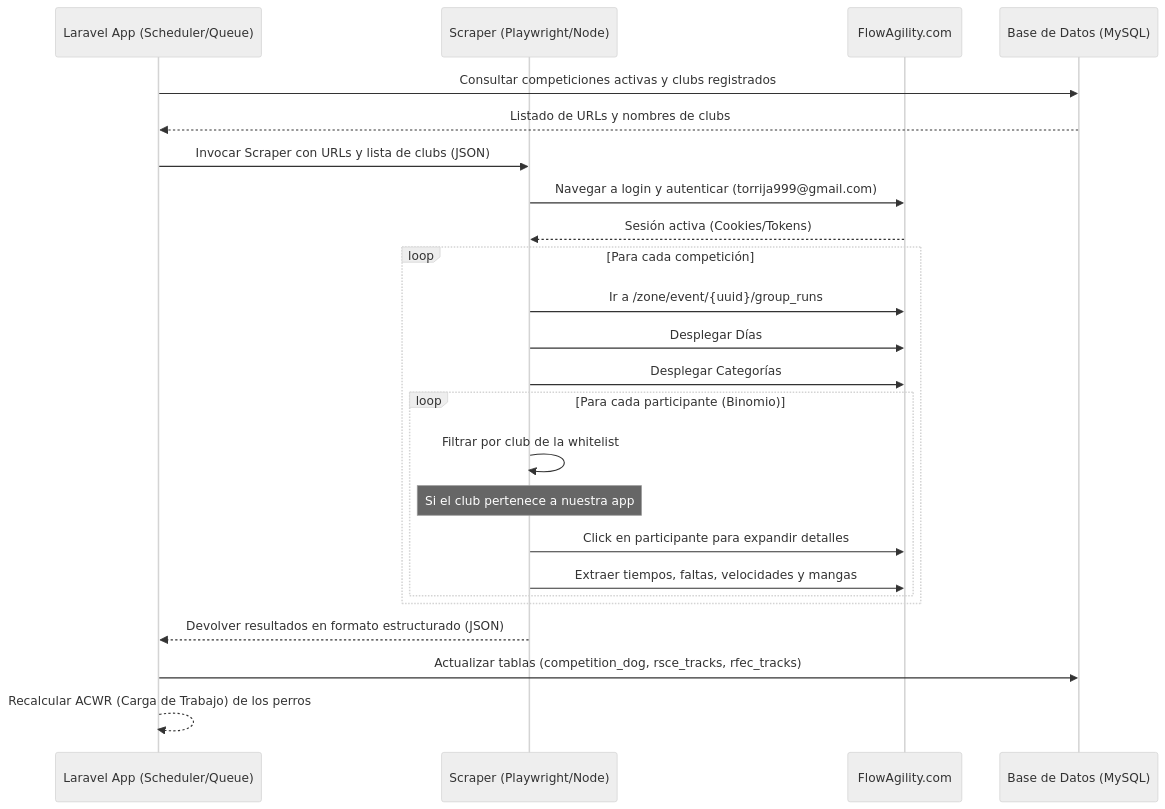
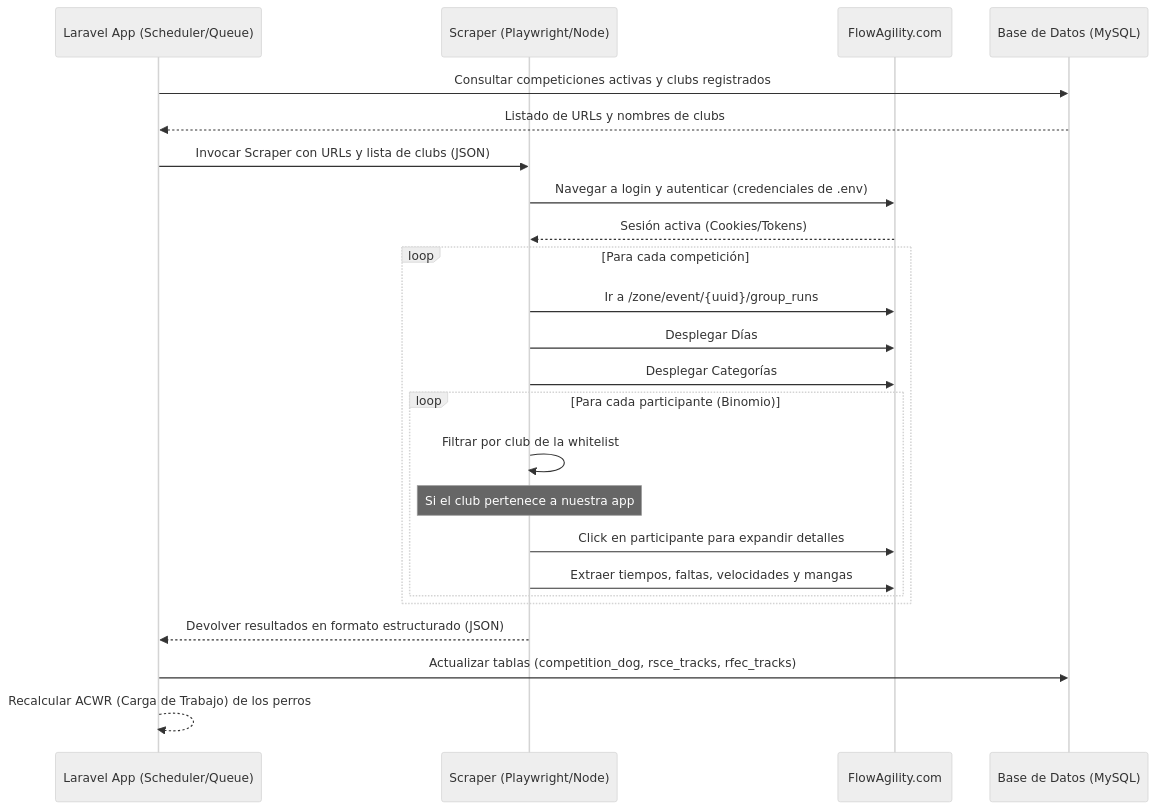
Before and after one commit to fonsii91/AgilityAsturias: the diagram in docs/04_Integraciones/integracion-flowagility.md, drawn with Mermaid (neutral theme). The commit also changed other lines of this file and 3 other files, not shown here.

````diff
--- a/docs/04_Integraciones/integracion-flowagility.md
+++ b/docs/04_Integraciones/integracion-flowagility.md
@@ -70,28 +73,28 @@
 ```mermaid
 sequenceDiagram
     participant App as Laravel App (Scheduler/Queue)
     participant Scrap as Scraper (Playwright/Node)
     participant FA as FlowAgility.com
     participant DB as Base de Datos (MySQL)
 
     App->>DB: Consultar competiciones activas y clubs registrados
     DB-->>App: Listado de URLs y nombres de clubs
     App->>Scrap: Invocar Scraper con URLs y lista de clubs (JSON)
-    Scrap->>FA: Navegar a login y autenticar (torrija999@gmail.com)
+    Scrap->>FA: Navegar a login y autenticar (credenciales de .env)
     FA-->>Scrap: Sesión activa (Cookies/Tokens)
     
     loop Para cada competición
         Scrap->>FA: Ir a /zone/event/{uuid}/group_runs
         Scrap->>FA: Desplegar Días
         Scrap->>FA: Desplegar Categorías
         loop Para cada participante (Binomio)
             Scrap->>Scrap: Filtrar por club de la whitelist
             Note over Scrap: Si el club pertenece a nuestra app
             Scrap->>FA: Click en participante para expandir detalles
             Scrap->>FA: Extraer tiempos, faltas, velocidades y mangas
         end
     end
     Scrap-->>App: Devolver resultados en formato estructurado (JSON)
     App->>DB: Actualizar tablas (competition_dog, rsce_tracks, rfec_tracks)
     App-->>App: Recalcular ACWR (Carga de Trabajo) de los perros
 ```
````
